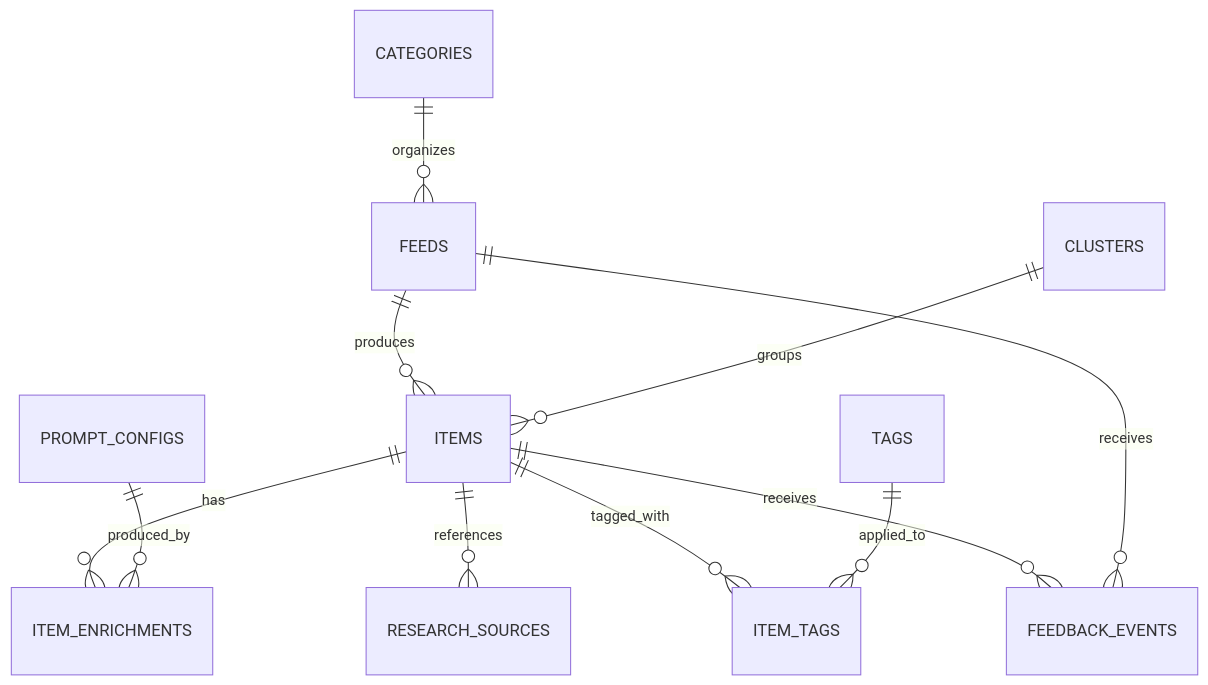
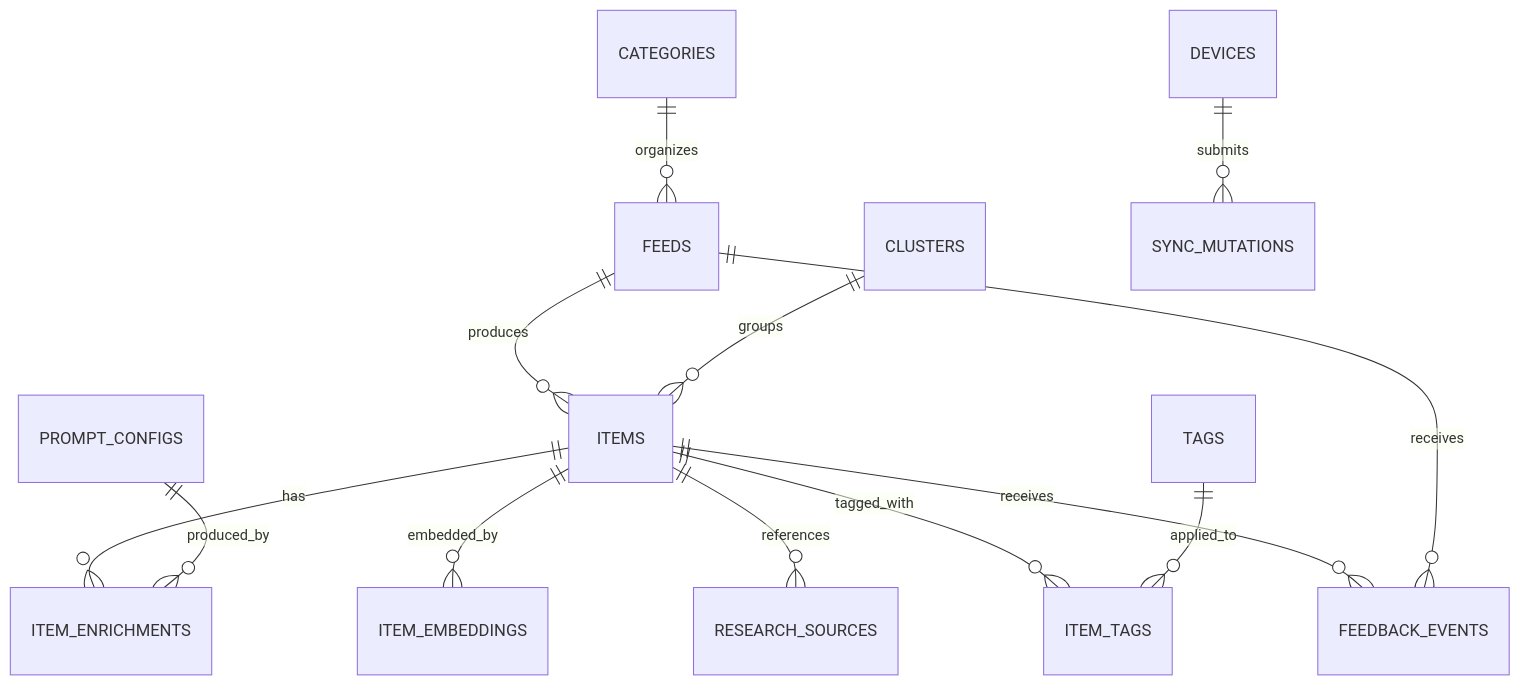
Before and after one commit to mvermeulen/smartrss: the first of 3 diagrams in docs/data-model.md, drawn with Mermaid. The commit also changed other lines of this file and 15 other files, not shown here.

````diff
--- a/docs/data-model.md
+++ b/docs/data-model.md
@@ -23,13 +26,15 @@
 ```mermaid
 erDiagram
     CATEGORIES ||--o{ FEEDS : organizes
     FEEDS ||--o{ ITEMS : produces
     CLUSTERS ||--o{ ITEMS : groups
     ITEMS ||--o{ ITEM_ENRICHMENTS : has
+    ITEMS ||--o{ ITEM_EMBEDDINGS : embedded_by
     PROMPT_CONFIGS ||--o{ ITEM_ENRICHMENTS : produced_by
     ITEMS ||--o{ RESEARCH_SOURCES : references
     ITEMS ||--o{ ITEM_TAGS : tagged_with
     TAGS ||--o{ ITEM_TAGS : applied_to
     ITEMS ||--o{ FEEDBACK_EVENTS : receives
     FEEDS ||--o{ FEEDBACK_EVENTS : receives
+    DEVICES ||--o{ SYNC_MUTATIONS : submits
 ```
````
